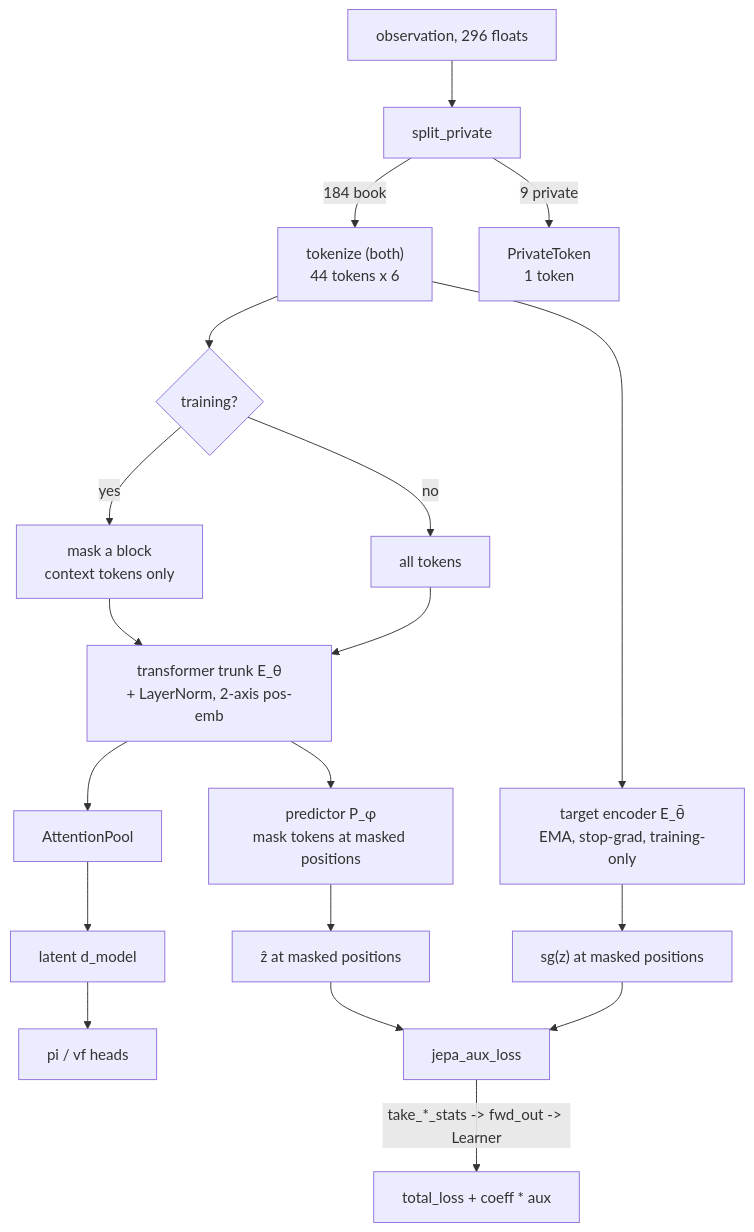
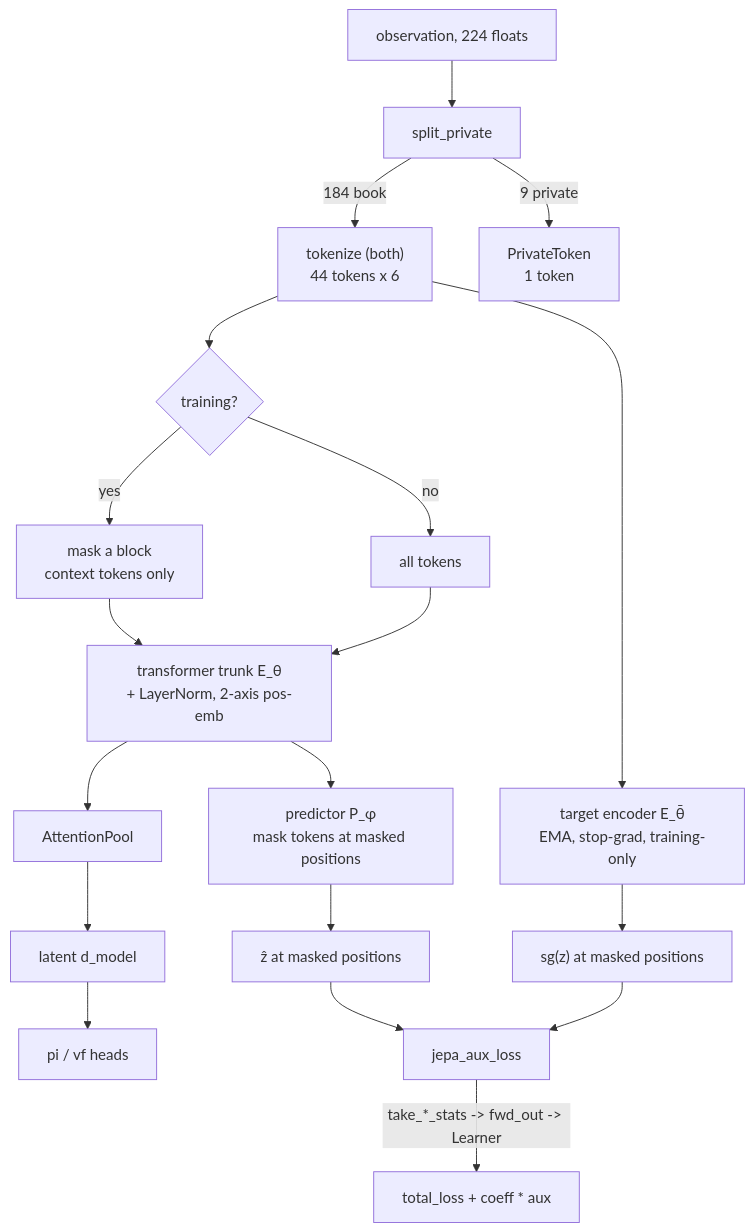
One commit to ChuaCheowHuan/gym-continuousDoubleAuction changed the third of 4 diagrams in doc/22_jepa_integration.md. Above: the diagram before and after it, drawn with Mermaid. The commit also changed other lines of this file and 40 other files, not shown here.

````diff
--- a/doc/22_jepa_integration.md
+++ b/doc/22_jepa_integration.md
@@ -312,19 +313,19 @@
 ```mermaid
 flowchart TD
-    OBS["observation, 296 floats"] --> SPLIT["split_private"]
+    OBS["observation, 224 floats"] --> SPLIT["split_private"]
     SPLIT -->|"184 book"| TOK["tokenize (both)<br/>44 tokens x 6"]
     SPLIT -->|"9 private"| PTOK["PrivateToken<br/>1 token"]
     TOK --> MASK{"training?"}
     MASK -->|"yes"| CTX["mask a block<br/>context tokens only"]
     MASK -->|"no"| FULL["all tokens"]
     CTX --> ENC["transformer trunk E_θ<br/>+ LayerNorm, 2-axis pos-emb"]
     FULL --> ENC
     TOK --> TENC["target encoder E_θ̄<br/>EMA, stop-grad, training-only"]
     ENC --> POOL["AttentionPool"] --> LAT["latent d_model"] --> HEADS["pi / vf heads"]
     ENC --> PRED["predictor P_φ<br/>mask tokens at masked positions"]
     PRED --> ZP["ẑ at masked positions"]
     TENC --> ZT["sg(z) at masked positions"]
     ZP --> AUX["jepa_aux_loss"]
     ZT --> AUX
     AUX -->|"take_*_stats -> fwd_out -> Learner"| OPT["total_loss + coeff * aux"]
 ```
````
